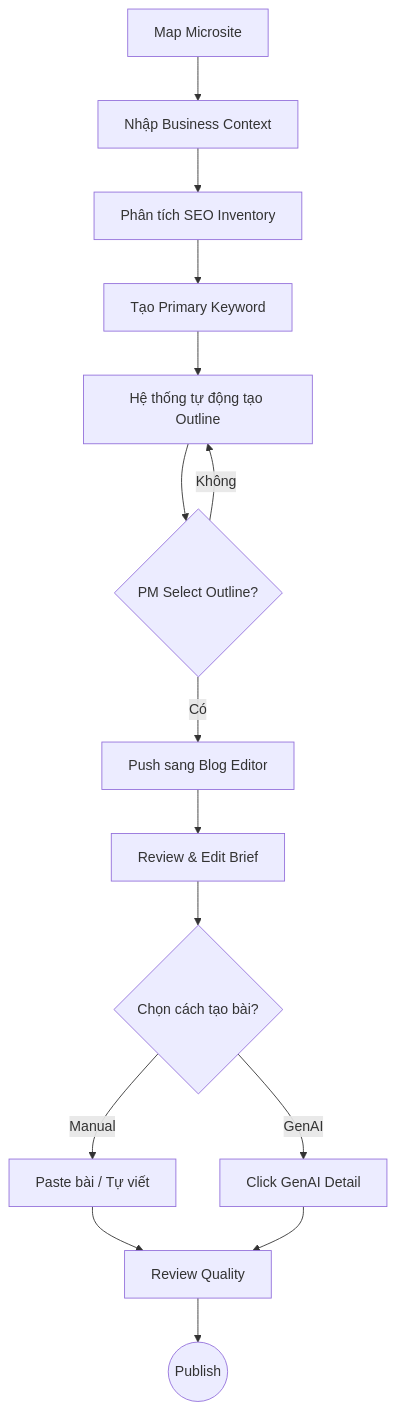
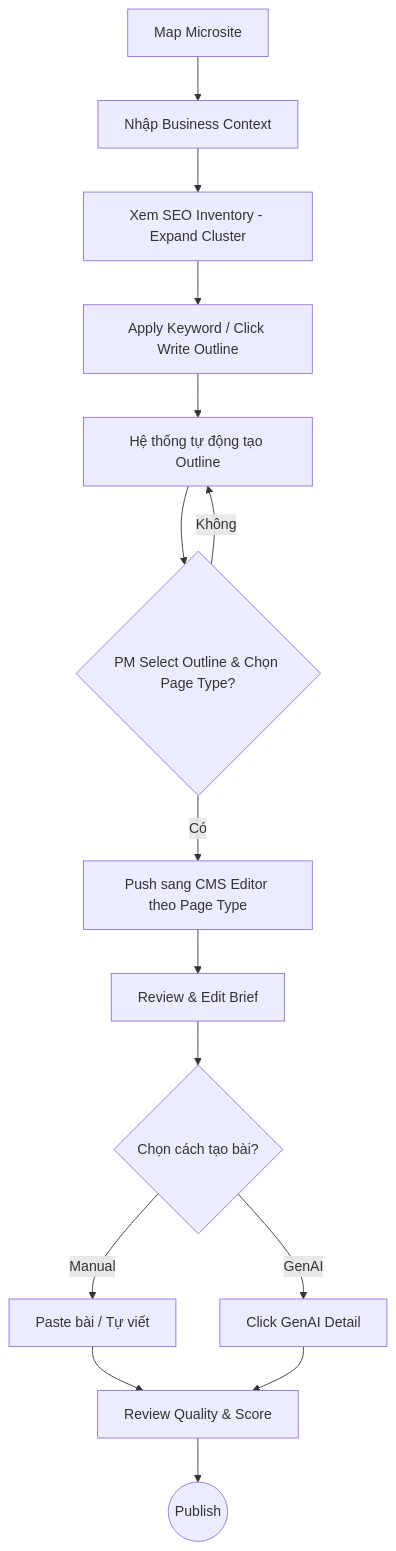
The first of 2 diagrams in 04_MOSPARK_PLATFORM/mospark_genai_content.md (vanhien26/hienho-knowledgebase), drawn with Mermaid before and after one commit. The commit also changed other lines of this file, not shown here.

Commit message:
docs(genai): upgrade GenAI Content Engine to act as the SEO/GEO Project Management Hub

````diff
--- a/04_MOSPARK_PLATFORM/mospark_genai_content.md
+++ b/04_MOSPARK_PLATFORM/mospark_genai_content.md
@@ -238,17 +245,17 @@
 ```mermaid
 graph TD
     A[Map Microsite] --> B[Nhập Business Context]
-    B --> C[Phân tích SEO Inventory]
-    C --> D[Tạo Primary Keyword]
+    B --> C[Xem SEO Inventory - Expand Cluster]
+    C --> D[Apply Keyword / Click Write Outline]
     D --> E[Hệ thống tự động tạo Outline]
-    E --> F{PM Select Outline?}
+    E --> F{PM Select Outline & Chọn Page Type?}
     F -- Không --> E
-    F -- Có --> G[Push sang Blog Editor]
+    F -- Có --> G[Push sang CMS Editor theo Page Type]
     G --> H[Review & Edit Brief]
     H --> I{Chọn cách tạo bài?}
     I -- Manual --> J[Paste bài / Tự viết]
     I -- GenAI --> K[Click GenAI Detail]
-    J --> L[Review Quality]
+    J --> L[Review Quality & Score]
     K --> L
     L --> M((Publish))
 ```
````
